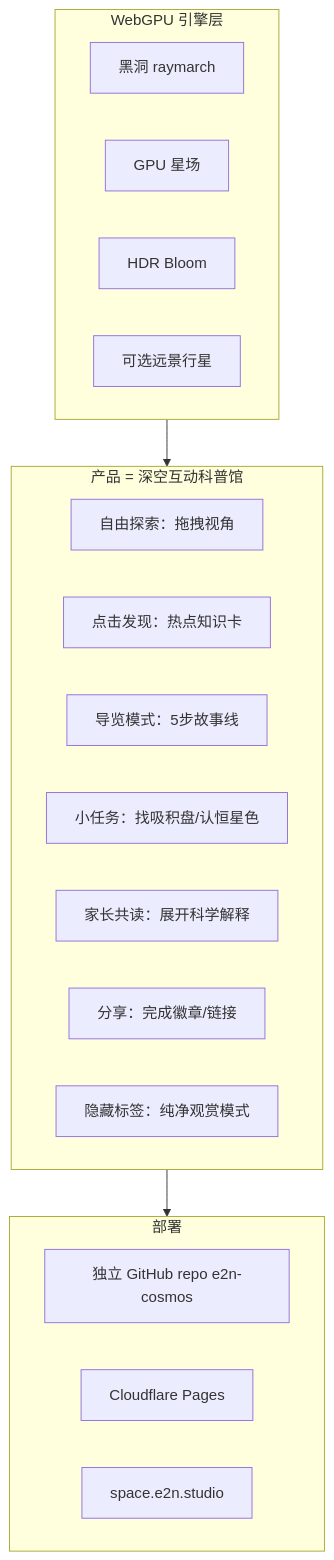
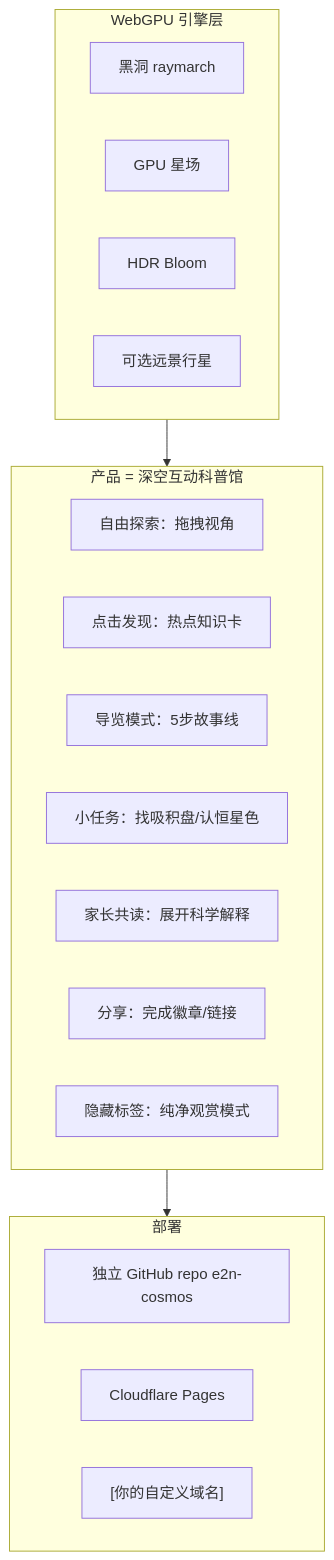
One commit to lancelee2026/space_travel changed the first of 4 diagrams in docs/深空引擎_cursor_plan.md. Above: the diagram before and after it, drawn with Mermaid. The commit also changed other lines of this file, not shown here.

Commit message:
docs: generalize domain names and branding in cursor plan

````diff
--- a/docs/深空引擎_cursor_plan.md
+++ b/docs/深空引擎_cursor_plan.md
@@ -80,25 +80,25 @@
 ```mermaid
 flowchart TB
   subgraph product [产品 = 深空互动科普馆]
     Explore[自由探索：拖拽视角]
     Discover[点击发现：热点知识卡]
     Tour[导览模式：5步故事线]
     Quest[小任务：找吸积盘/认恒星色]
     Parent[家长共读：展开科学解释]
     Share[分享：完成徽章/链接]
     Immersive[隐藏标签：纯净观赏模式]
   end
   subgraph engine [WebGPU 引擎层]
     BH[黑洞 raymarch]
     Stars[GPU 星场]
     Bloom[HDR Bloom]
     Planet[可选远景行星]
   end
   subgraph placement [部署]
     Repo[独立 GitHub repo e2n-cosmos]
     CF[Cloudflare Pages]
-    Domain["space.e2n.studio"]
+    Domain["[你的自定义域名]"]
   end
   engine --> product
   product --> placement
 ```
````
